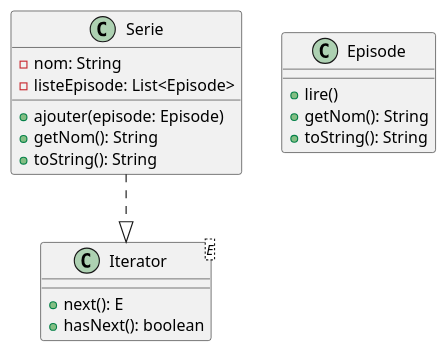
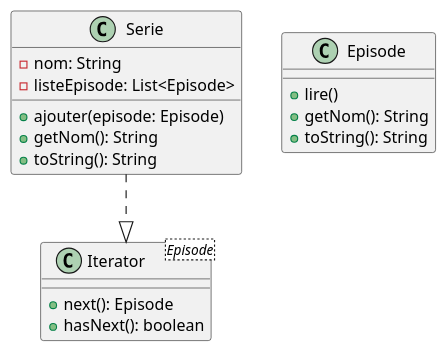
Before and after one commit to jandry/design-pattern: the diagram in src/uml/iterator.puml, drawn with PlantUML.

```diff
--- a/src/uml/iterator.puml
+++ b/src/uml/iterator.puml
@@ -1,24 +1,24 @@
 @startuml Iterator
 
 class Serie {
     - nom: String
     - listeEpisode: List<Episode>
     + ajouter(episode: Episode)
     + getNom(): String
     + toString(): String
 }
 
 class Episode {
     + lire()
     + getNom(): String
     + toString(): String
 }
 
-class Iterator<E> {
-    + next(): E
+class Iterator<Episode> {
+    + next(): Episode
     + hasNext(): boolean
 }
 
 Serie..|>Iterator
 
 @enduml
```
